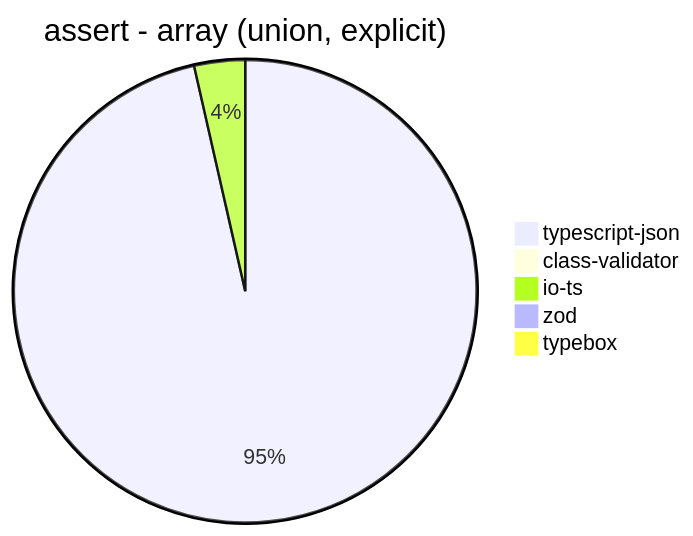
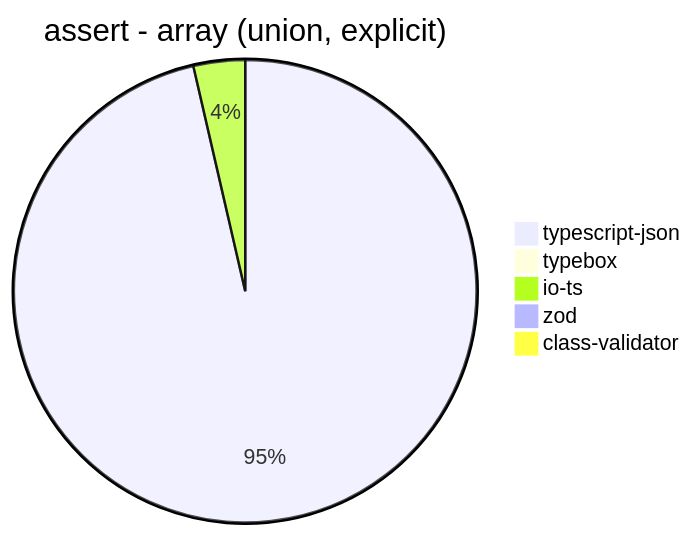
One commit to samchon/typia changed diagram 14 of 39 in benchmark/results/AMD Ryzen 7 5800H with Radeon Graphics.md. Above: the diagram before and after it, drawn with Mermaid. The commit also changed other lines of this file and 7 other files, not shown here.

````diff
--- a/benchmark/results/AMD Ryzen 7 5800H with Radeon Graphics.md
+++ b/benchmark/results/AMD Ryzen 7 5800H with Radeon Graphics.md
@@ -176,8 +176,8 @@
 ```mermaid
 pie title assert - array (union, explicit)
-  "typescript-json": 2215.187557182068
-  "class-validator": 6.80397204854726
-  "io-ts": 81.64766458256713
-  "zod": 2.8005974607916357
-  "typebox": 22.27998514667657
+  "typescript-json": 2166.4262531554273
+  "typebox": 20.062009848623017
+  "io-ts": 81.03638368246968
+  "zod": 2.8232636928289105
+  "class-validator": 6.878601970626511
 ```
````
